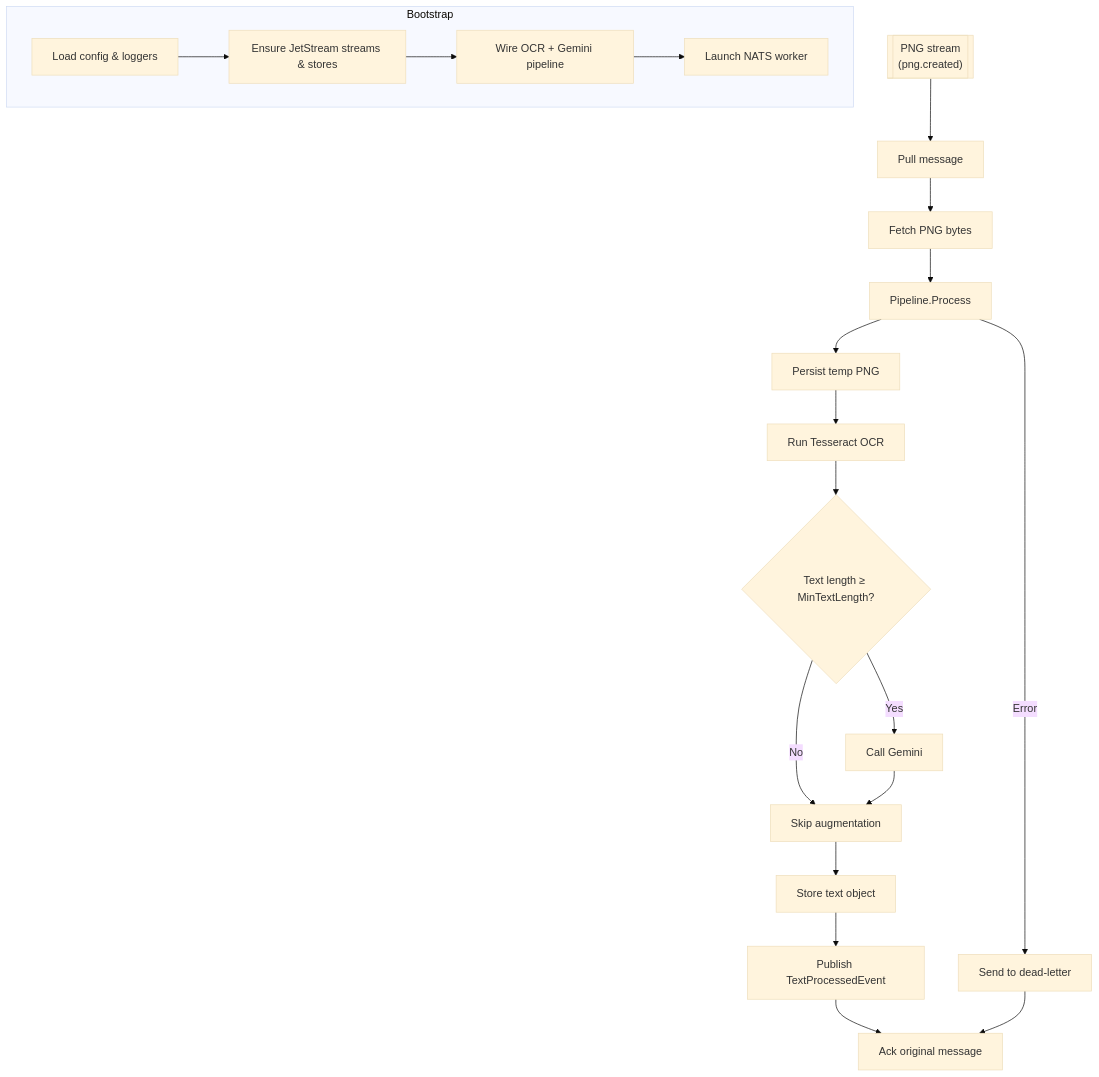
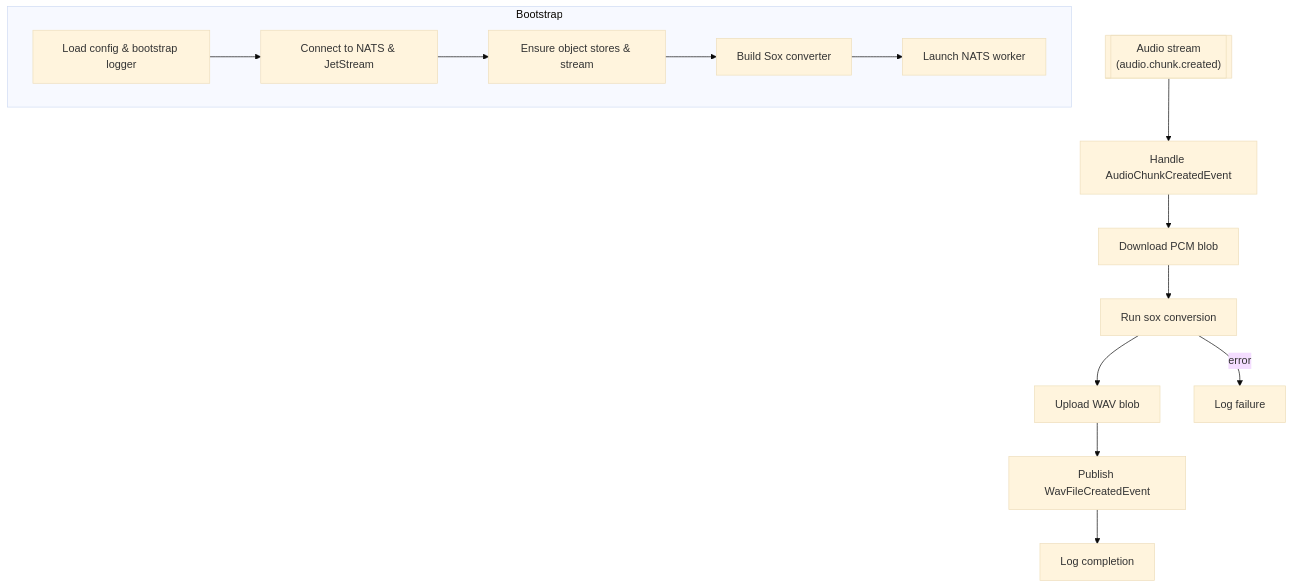
The diagram in README.md (book-expert/png-to-text-service), drawn with Mermaid (base theme) before and after one commit. The commit also changed other lines of this file and 8 other files, not shown here.

````diff
--- a/README.md
+++ b/README.md
@@ -23,26 +26,20 @@
 ```mermaid
 flowchart TD
     subgraph Bootstrap
-        cfg[Load config & loggers]
-        js[Ensure JetStream streams & stores]
-        pipe[Wire OCR + Gemini pipeline]
-        worker[Launch NATS worker]
-        cfg --> js --> pipe --> worker
+        cfg["Load config & bootstrap logger"]
+        nats["Connect to NATS & JetStream"]
+        stores["Ensure object stores & stream"]
+        conv["Build Sox converter"]
+        worker["Launch NATS worker"]
+        cfg --> nats --> stores --> conv --> worker
     end
 
-    jetStream[["PNG stream<br/>(png.created)"]]
-    jetStream --> pull[Pull message]
-    pull --> fetch[Fetch PNG bytes]
-    fetch --> process[Pipeline.Process]
-    process --> temp[Persist temp PNG]
-    temp --> ocr[Run Tesseract OCR]
-    ocr --> minCheck{Text length ≥ MinTextLength?}
-    minCheck -->|No| useClean[Skip augmentation]
-    minCheck -->|Yes| augment[Call Gemini]
-    augment --> useClean
-    useClean --> store[Store text object]
-    store --> publish[Publish TextProcessedEvent]
-    publish --> ack[Ack original message]
-    process -->|Error| deadLetter[Send to dead-letter]
-    deadLetter --> ack
+    audioStream[["Audio stream<br/>(audio.chunk.created)"]]
+    audioStream --> consume["Handle AudioChunkCreatedEvent"]
+    consume --> download["Download PCM blob"]
+    download --> convert["Run sox conversion"]
+    convert --> upload["Upload WAV blob"]
+    upload --> publish["Publish WavFileCreatedEvent"]
+    publish --> logSuccess["Log completion"]
+    convert -->|error| logFailure["Log failure"]
 ```
````
